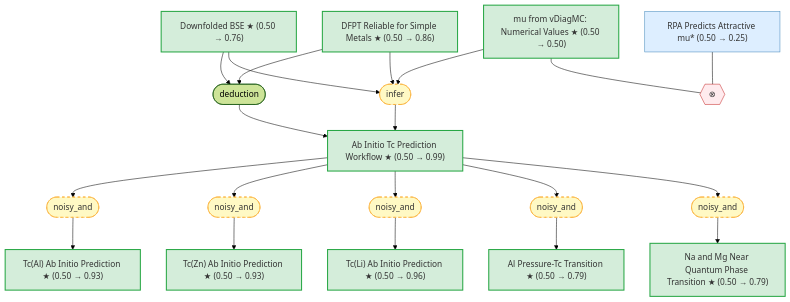
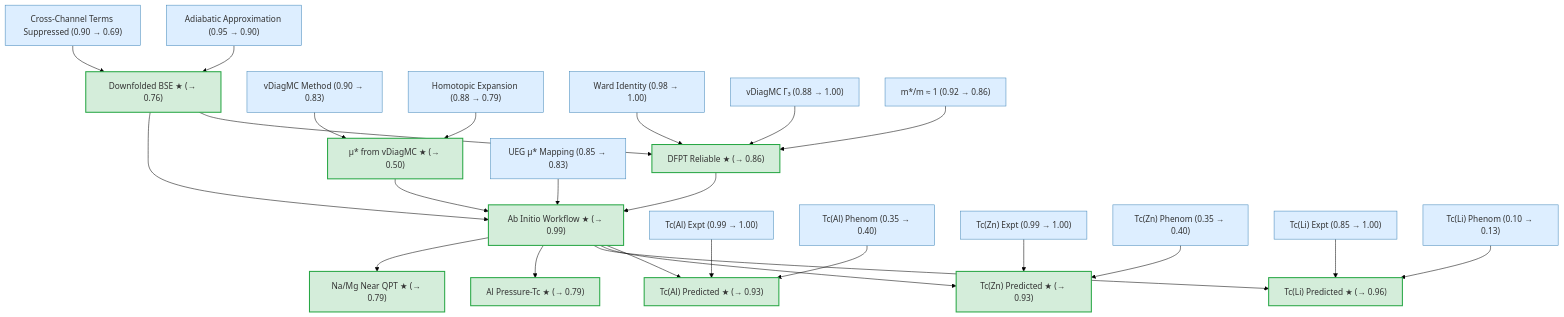
Before and after one commit to kunyuan/SuperconductivityElectronLiquids.gaia: the diagram in README.md, drawn with Mermaid (forest theme).

Commit message:
feat: coarse-grained overview graph — leaf premises → exported conclusions

````diff
--- a/README.md
+++ b/README.md
@@ -9,50 +9,53 @@
 ```mermaid
 graph TD
-    downfolded_bse["Downfolded BSE ★ (0.50 → 0.76)"]:::exported
-    mu_vdiagmc_values["mu from vDiagMC: Numerical Values ★ (0.50 → 0.50)"]:::exported
-    dfpt_reliable_for_simple_metals["DFPT Reliable for Simple Metals ★ (0.50 → 0.86)"]:::exported
-    ab_initio_workflow["Ab Initio Tc Prediction Workflow ★ (0.50 → 0.99)"]:::exported
-    tc_al_predicted["Tc(Al) Ab Initio Prediction ★ (0.50 → 0.93)"]:::exported
-    tc_zn_predicted["Tc(Zn) Ab Initio Prediction ★ (0.50 → 0.93)"]:::exported
-    tc_li_predicted["Tc(Li) Ab Initio Prediction ★ (0.50 → 0.96)"]:::exported
-    al_pressure_transition["Al Pressure-Tc Transition ★ (0.50 → 0.79)"]:::exported
-    tc_mg_na_near_qpt["Na and Mg Near Quantum Phase Transition ★ (0.50 → 0.79)"]:::exported
-    strat_20(["deduction"])
-    downfolded_bse --> strat_20
-    dfpt_reliable_for_simple_metals --> strat_20
-    strat_20 --> ab_initio_workflow
-    strat_21(["infer"]):::weak
-    downfolded_bse --> strat_21
-    mu_vdiagmc_values --> strat_21
-    dfpt_reliable_for_simple_metals --> strat_21
-    strat_21 --> ab_initio_workflow
-    strat_22(["noisy_and"]):::weak
-    ab_initio_workflow --> strat_22
-    strat_22 --> tc_al_predicted
-    strat_23(["noisy_and"]):::weak
-    ab_initio_workflow --> strat_23
-    strat_23 --> tc_zn_predicted
-    strat_24(["noisy_and"]):::weak
-    ab_initio_workflow --> strat_24
-    strat_24 --> tc_li_predicted
-    strat_25(["noisy_and"]):::weak
-    ab_initio_workflow --> strat_25
-    strat_25 --> al_pressure_transition
-    strat_26(["noisy_and"]):::weak
-    ab_initio_workflow --> strat_26
-    strat_26 --> tc_mg_na_near_qpt
-    oper_1{{"⊗"}}:::contra
-    rpa_predicts_attractive_mu["RPA Predicts Attractive mu#ast; (0.50 → 0.25)"]:::premise
-    rpa_predicts_attractive_mu --- oper_1
-    mu_vdiagmc_values --- oper_1
+    adiabatic_approx["Adiabatic Approximation (0.95 → 0.90)"]:::premise
+    cross_term_suppressed["Cross-Channel Terms Suppressed (0.90 → 0.69)"]:::premise
+    downfolded_bse["Downfolded BSE ★ (→ 0.76)"]:::exported
+    vdiagmc_method["vDiagMC Method (0.90 → 0.83)"]:::premise
+    homotopic_expansion["Homotopic Expansion (0.88 → 0.79)"]:::premise
+    mu_vdiagmc_values["μ* from vDiagMC ★ (→ 0.50)"]:::exported
+    ward_identity["Ward Identity (0.98 → 1.00)"]:::premise
+    gamma3_vdiagmc["vDiagMC Γ₃ (0.88 → 1.00)"]:::premise
+    quasiparticle_mass_near_unity["m*/m ≈ 1 (0.92 → 0.86)"]:::premise
+    dfpt_reliable_for_simple_metals["DFPT Reliable ★ (→ 0.86)"]:::exported
+    ueg_pseudopotential_parameterization["UEG μ* Mapping (0.85 → 0.83)"]:::premise
+    ab_initio_workflow["Ab Initio Workflow ★ (→ 0.99)"]:::exported
+    tc_al_experimental["Tc(Al) Expt (0.99 → 1.00)"]:::premise
+    tc_al_phenomenological["Tc(Al) Phenom (0.35 → 0.40)"]:::premise
+    tc_al_predicted["Tc(Al) Predicted ★ (→ 0.93)"]:::exported
+    tc_zn_experimental["Tc(Zn) Expt (0.99 → 1.00)"]:::premise
+    tc_zn_phenomenological["Tc(Zn) Phenom (0.35 → 0.40)"]:::premise
+    tc_zn_predicted["Tc(Zn) Predicted ★ (→ 0.93)"]:::exported
+    tc_li_experimental["Tc(Li) Expt (0.85 → 1.00)"]:::premise
+    tc_li_phenomenological["Tc(Li) Phenom (0.10 → 0.13)"]:::premise
+    tc_li_predicted["Tc(Li) Predicted ★ (→ 0.96)"]:::exported
+    al_pressure_transition["Al Pressure-Tc ★ (→ 0.79)"]:::exported
+    tc_mg_na_near_qpt["Na/Mg Near QPT ★ (→ 0.79)"]:::exported
 
-    classDef setting fill:#f0f0f0,stroke:#999,color:#333
+    adiabatic_approx --> downfolded_bse
+    cross_term_suppressed --> downfolded_bse
+    vdiagmc_method --> mu_vdiagmc_values
+    homotopic_expansion --> mu_vdiagmc_values
+    ward_identity --> dfpt_reliable_for_simple_metals
+    gamma3_vdiagmc --> dfpt_reliable_for_simple_metals
+    quasiparticle_mass_near_unity --> dfpt_reliable_for_simple_metals
+    downfolded_bse --> dfpt_reliable_for_simple_metals
+    downfolded_bse --> ab_initio_workflow
+    mu_vdiagmc_values --> ab_initio_workflow
+    dfpt_reliable_for_simple_metals --> ab_initio_workflow
+    ueg_pseudopotential_parameterization --> ab_initio_workflow
+    ab_initio_workflow --> tc_al_predicted
+    tc_al_experimental --> tc_al_predicted
+    tc_al_phenomenological --> tc_al_predicted
+    ab_initio_workflow --> tc_zn_predicted
+    tc_zn_experimental --> tc_zn_predicted
+    tc_zn_phenomenological --> tc_zn_predicted
+    ab_initio_workflow --> tc_li_predicted
+    tc_li_experimental --> tc_li_predicted
+    tc_li_phenomenological --> tc_li_predicted
+    ab_initio_workflow --> al_pressure_transition
+    ab_initio_workflow --> tc_mg_na_near_qpt
+
     classDef premise fill:#ddeeff,stroke:#4488bb,color:#333
-    classDef derived fill:#ddffdd,stroke:#44bb44,color:#333
-    classDef question fill:#fff3dd,stroke:#cc9944,color:#333
-    classDef background fill:#f5f5f5,stroke:#bbb,stroke-dasharray: 5 5,color:#333
-    classDef orphan fill:#fff,stroke:#ccc,stroke-dasharray: 5 5,color:#333
     classDef exported fill:#d4edda,stroke:#28a745,stroke-width:2px,color:#333
-    classDef weak fill:#fff9c4,stroke:#f9a825,stroke-dasharray: 5 5,color:#333
-    classDef contra fill:#ffebee,stroke:#c62828,color:#333
 ```
````
